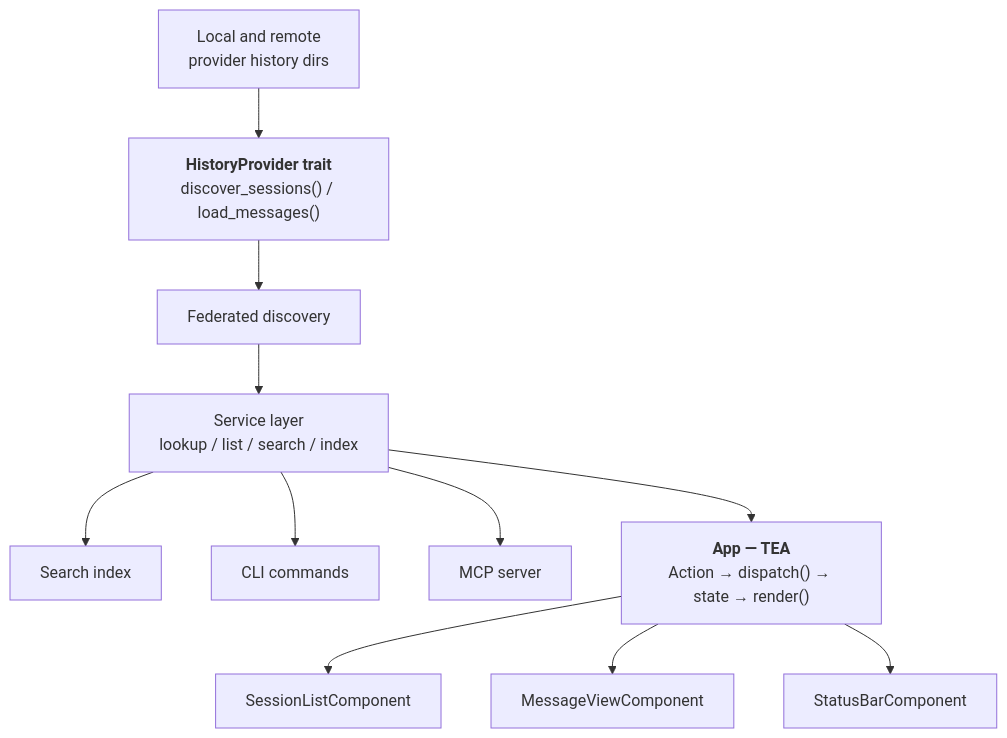
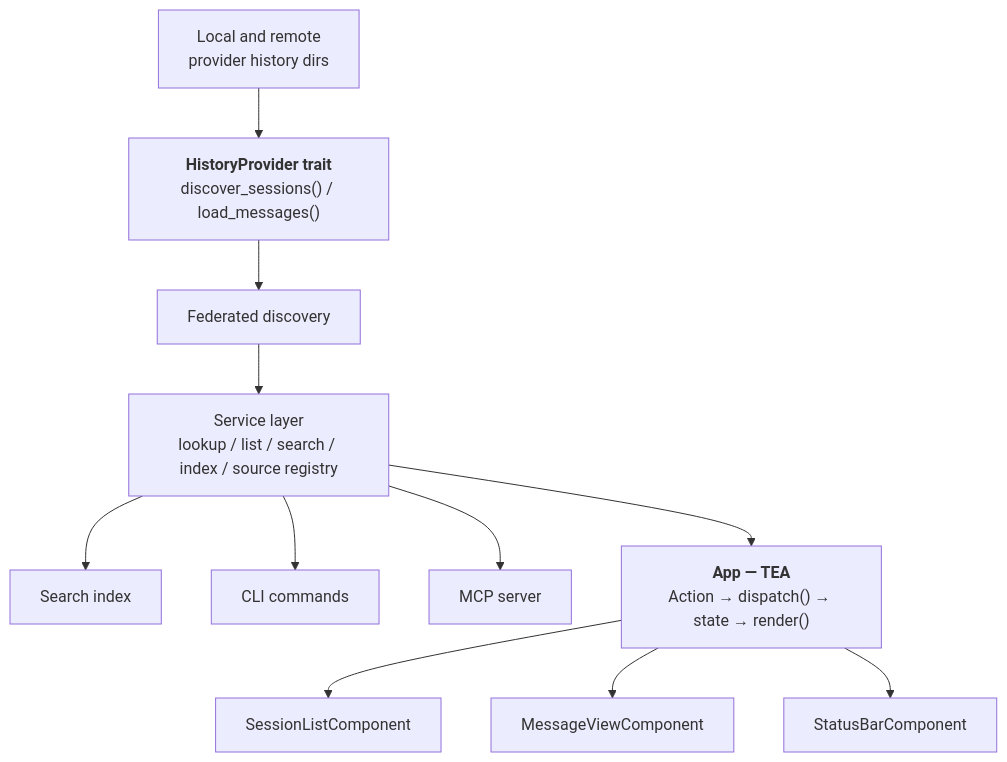
The first of 3 diagrams in docs/ARCHITECTURE.md (Tien-Lam/agent-history), drawn with Mermaid before and after one commit. The commit also changed other lines of this file and 3 other files, not shown here.

````diff
--- a/docs/ARCHITECTURE.md
+++ b/docs/ARCHITECTURE.md
@@ -13,19 +13,19 @@
 ```mermaid
 graph TD
     PD["Local and remote<br>provider history dirs"] --> HP
 
     HP["<b>HistoryProvider trait</b><br>discover_sessions() / load_messages()"]
 
     HP --> FD[Federated discovery]
-    FD --> SV[Service layer<br>lookup / list / search / index]
+    FD --> SV[Service layer<br>lookup / list / search / index / source registry]
     SV --> SI[Search index]
     SV --> CMD[CLI commands]
     SV --> MCP[MCP server]
     SV --> APP
 
     APP["<b>App — TEA</b><br>Action → dispatch() → state → render()"]
 
     APP --> UI_SL[SessionListComponent]
     APP --> UI_MV[MessageViewComponent]
     APP --> UI_SB[StatusBarComponent]
 ```
````
